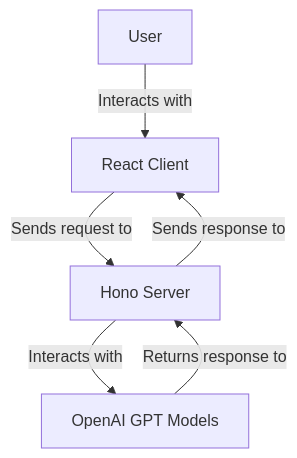
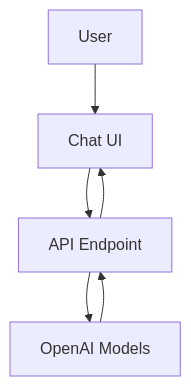
The first of 2 diagrams in apps/ui-worker/README.md (reeawnc/cloudflare), drawn with Mermaid before and after one commit. The commit also changed other lines of this file and 18 other files, not shown here.

````diff
--- a/apps/ui-worker/README.md
+++ b/apps/ui-worker/README.md
@@ -68,8 +59,8 @@
 ```mermaid
 graph TD;
-    A[User] -->|Interacts with| B[React Client];
-    B -->|Sends request to| C[Hono Server];
-    C -->|Interacts with| D[OpenAI GPT Models];
-    D -->|Returns response to| C;
-    C -->|Sends response to| B;
+    A[User] --> B[Chat UI];
+    B --> C[API Endpoint];
+    C --> D[OpenAI Models];
+    D --> C;
+    C --> B;
 ```
````
